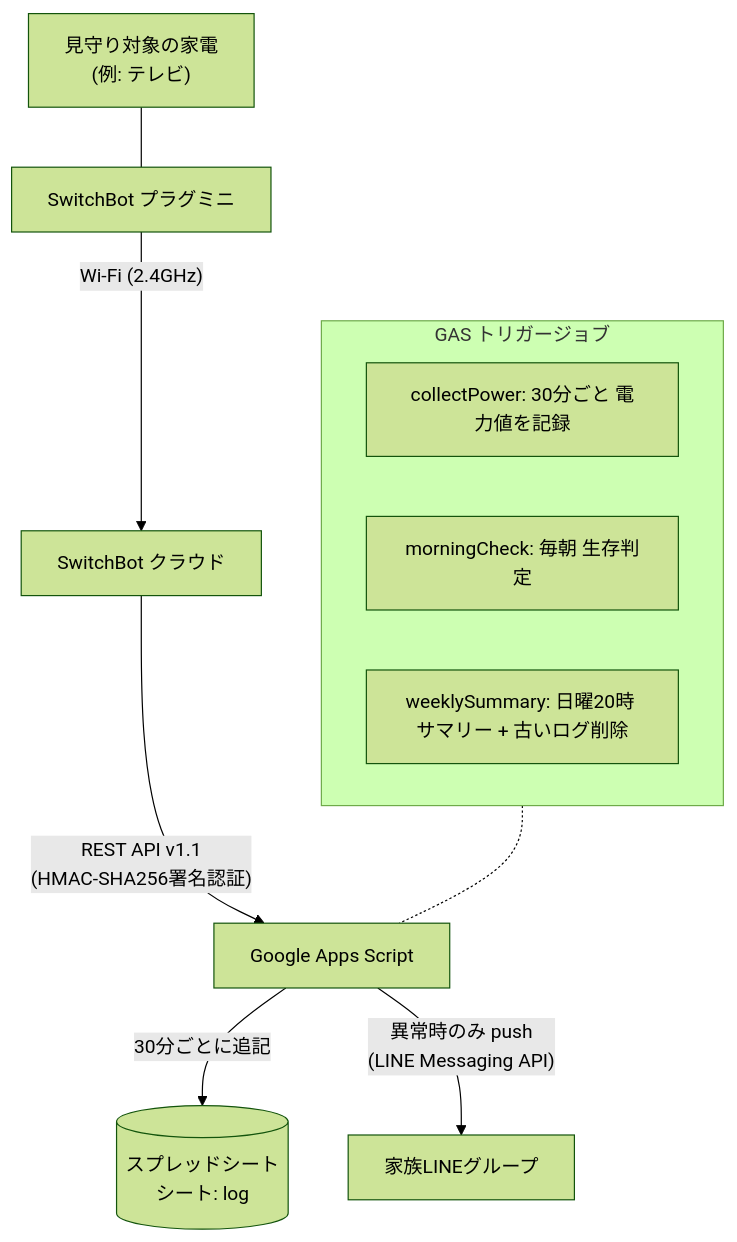
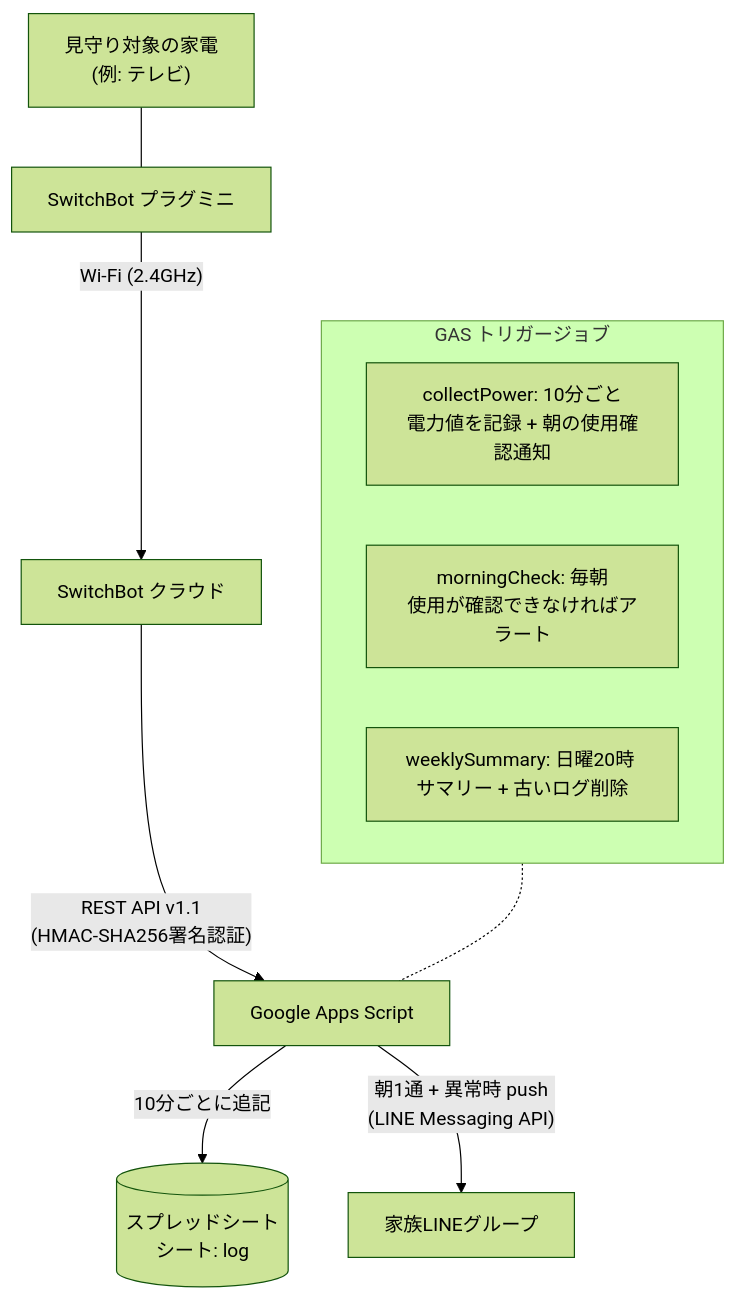
One commit to yomogi-cat/hamuiru changed the diagram in README.md. Above: the diagram before and after it, drawn with Mermaid (forest theme). The commit also changed other lines of this file and 4 other files, not shown here.

````diff
--- a/README.md
+++ b/README.md
@@ -59,15 +73,15 @@
 ```mermaid
 flowchart TD
     pot["見守り対象の家電<br>(例: テレビ)"] --- plug["SwitchBot プラグミニ"]
     plug -- "Wi-Fi (2.4GHz)" --> cloud["SwitchBot クラウド"]
     cloud -- "REST API v1.1<br>(HMAC-SHA256署名認証)" --> gas["Google Apps Script"]
-    gas -- "30分ごとに追記" --> sheet[("スプレッドシート<br>シート: log")]
-    gas -- "異常時のみ push<br>(LINE Messaging API)" --> line["家族LINEグループ"]
+    gas -- "10分ごとに追記" --> sheet[("スプレッドシート<br>シート: log")]
+    gas -- "朝1通 + 異常時 push<br>(LINE Messaging API)" --> line["家族LINEグループ"]
 
     subgraph gasjobs["GAS トリガージョブ"]
-        j1["collectPower: 30分ごと 電力値を記録"]
-        j2["morningCheck: 毎朝 生存判定"]
+        j1["collectPower: 10分ごと<br>電力値を記録 + 朝の使用確認通知"]
+        j2["morningCheck: 毎朝<br>使用が確認できなければアラート"]
         j3["weeklySummary: 日曜20時 サマリー + 古いログ削除"]
     end
     gasjobs -.- gas
 ```
````
